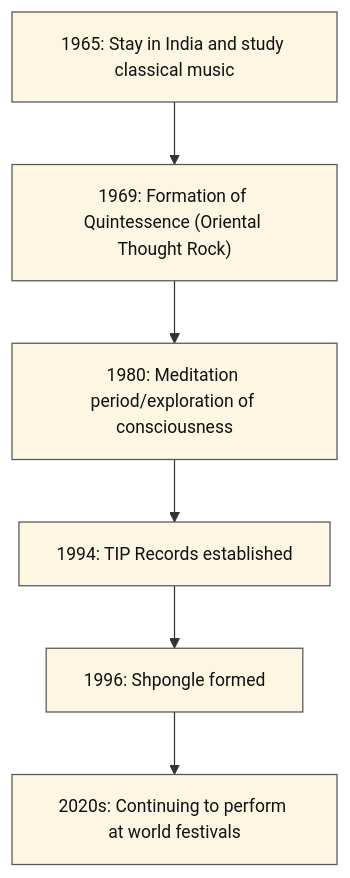
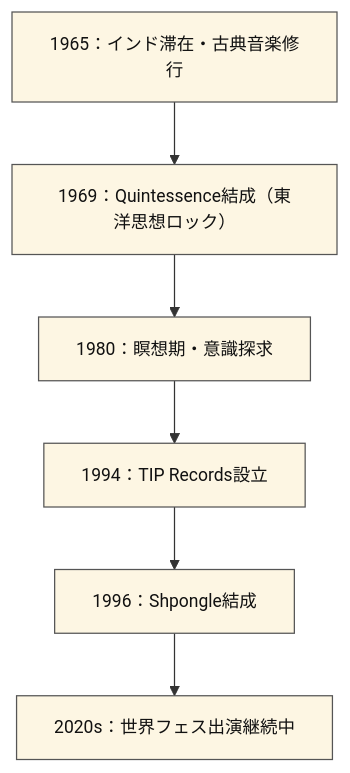
One commit to monumental-movement/monumental-movement.github.io changed the fourth of 4 diagrams in en/_posts/2025-10-05-Column-Shpongle.md. Above: the diagram before and after it, drawn with Mermaid. The commit also changed other lines of this file and 1724 other files, not shown here.

```diff
--- a/en/_posts/2025-10-05-Column-Shpongle.md
+++ b/en/_posts/2025-10-05-Column-Shpongle.md
@@ -166,13 +173,13 @@
 <div class="mermaid">
 
 flowchart TD
-A1965["1965: Stay in India and study classical music"] --> A1969["1969: Formation of Quintessence (Oriental Thought Rock)"]
-A1969 --> A1980["1980: Meditation period/exploration of consciousness"]
-A1980 --> A1994["1994: TIP Records established"]
-A1994 --> A1996["1996: Shpongle formed"]
-A1996 --> A2020["2020s: Continuing to perform at world festivals"]
+  A1965["1965：インド滞在・古典音楽修行"] --> A1969["1969：Quintessence結成（東洋思想ロック）"]
+  A1969 --> A1980["1980：瞑想期・意識探求"]
+  A1980 --> A1994["1994：TIP Records設立"]
+  A1994 --> A1996["1996：Shpongle結成"]
+  A1996 --> A2020["2020s：世界フェス出演継続中"]
 
-classDef node fill:#fdf6e3,stroke:#555,stroke-width:1px,color:#111,font-size:14px;
-class A1965,A1969,A1980,A1994,A1996,A2020 node;
+  classDef node fill:#fdf6e3,stroke:#555,stroke-width:1px,color:#111,font-size:14px;
+  class A1965,A1969,A1980,A1994,A1996,A2020 node;
 
 </div>
```
